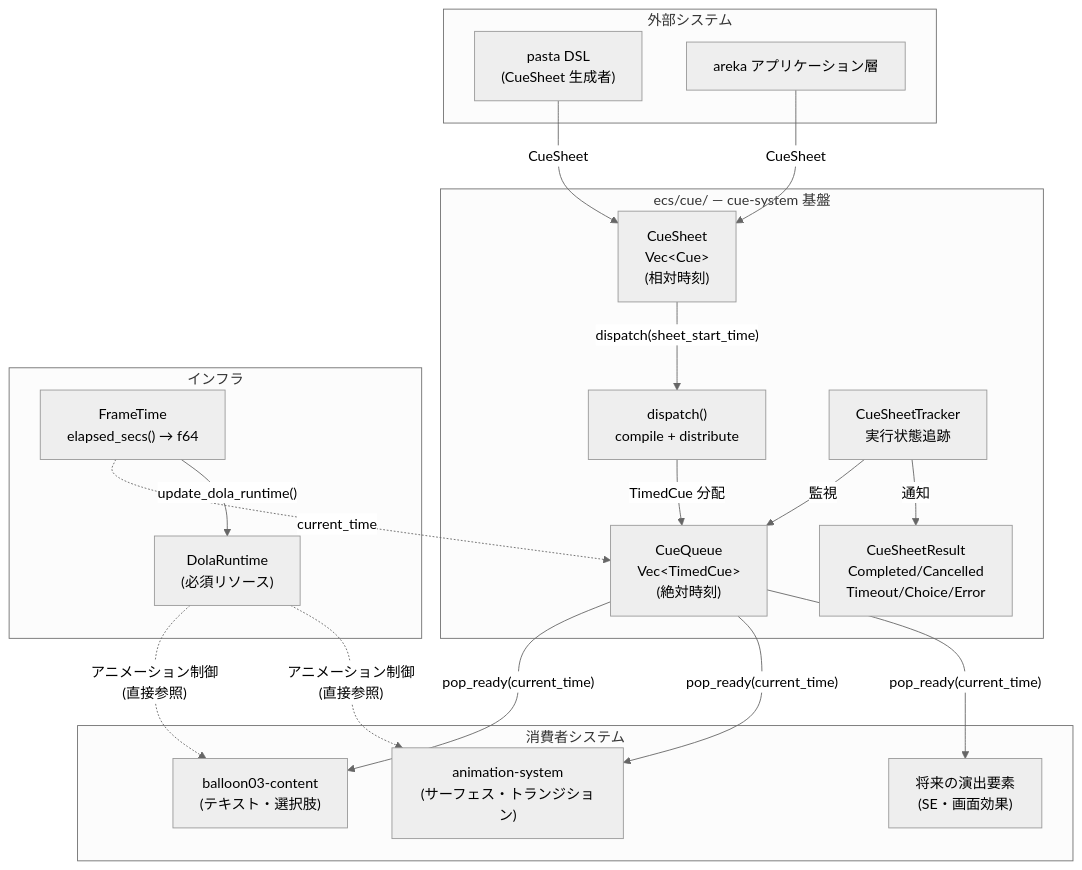
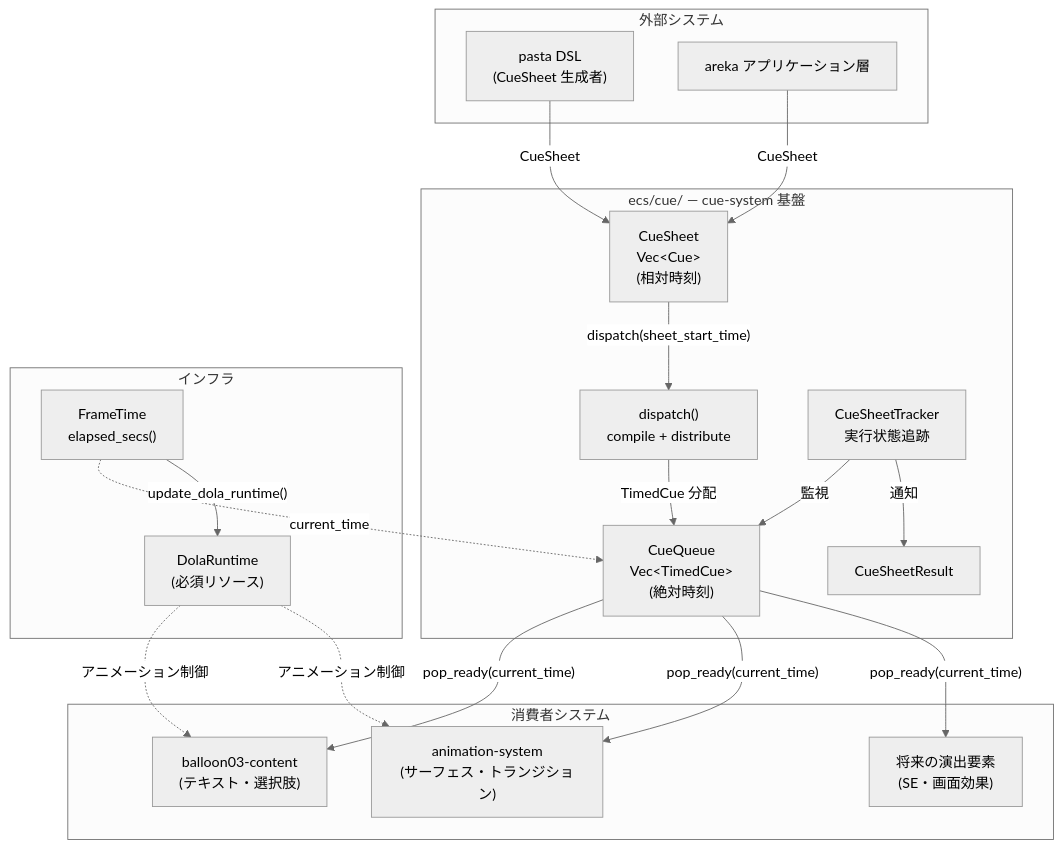
One commit to ekicyou/areka changed the first of 5 diagrams in .kiro/specs/wintf-P0-cue-system/design.md. Above: the diagram before and after it, drawn with Mermaid (neutral theme). The commit also changed other lines of this file and 1 other file, not shown here.

````diff
--- a/.kiro/specs/wintf-P0-cue-system/design.md
+++ b/.kiro/specs/wintf-P0-cue-system/design.md
@@ -60,40 +60,40 @@
 ```mermaid
 graph TB
     subgraph External["外部システム"]
         PASTA["pasta DSL<br/>(CueSheet 生成者)"]
         AREKA["areka アプリケーション層"]
     end
 
     subgraph CueSystem["ecs/cue/ — cue-system 基盤"]
         CS["CueSheet<br/>Vec&lt;Cue&gt;<br/>(相対時刻)"]
         DISPATCH["dispatch()<br/>compile + distribute"]
         CQ["CueQueue<br/>Vec&lt;TimedCue&gt;<br/>(絶対時刻)"]
-        RESULT["CueSheetResult<br/>Completed/Cancelled<br/>Timeout/Choice/Error"]
         TRACKER["CueSheetTracker<br/>実行状態追跡"]
+        RESULT["CueSheetResult"]
     end
 
     subgraph Consumers["消費者システム"]
         BALLOON["balloon03-content<br/>(テキスト・選択肢)"]
         ANIM["animation-system<br/>(サーフェス・トランジション)"]
         FUTURE["将来の演出要素<br/>(SE・画面効果)"]
     end
 
     subgraph Infra["インフラ"]
-        FT["FrameTime<br/>elapsed_secs() → f64"]
+        FT["FrameTime<br/>elapsed_secs()"]
         DOLA["DolaRuntime<br/>(必須リソース)"]
     end
 
     PASTA -->|CueSheet| CS
     AREKA -->|CueSheet| CS
     CS -->|"dispatch(sheet_start_time)"| DISPATCH
     DISPATCH -->|"TimedCue 分配"| CQ
     CQ -->|"pop_ready(current_time)"| BALLOON
     CQ -->|"pop_ready(current_time)"| ANIM
     CQ -->|"pop_ready(current_time)"| FUTURE
     FT -.->|current_time| CQ
     FT -->|"update_dola_runtime()"| DOLA
-    DOLA -.->|"アニメーション制御<br/>(直接参照)"| BALLOON
-    DOLA -.->|"アニメーション制御<br/>(直接参照)"| ANIM
+    DOLA -.->|"アニメーション制御"| BALLOON
+    DOLA -.->|"アニメーション制御"| ANIM
     TRACKER -->|監視| CQ
     TRACKER -->|通知| RESULT
 ```
````
